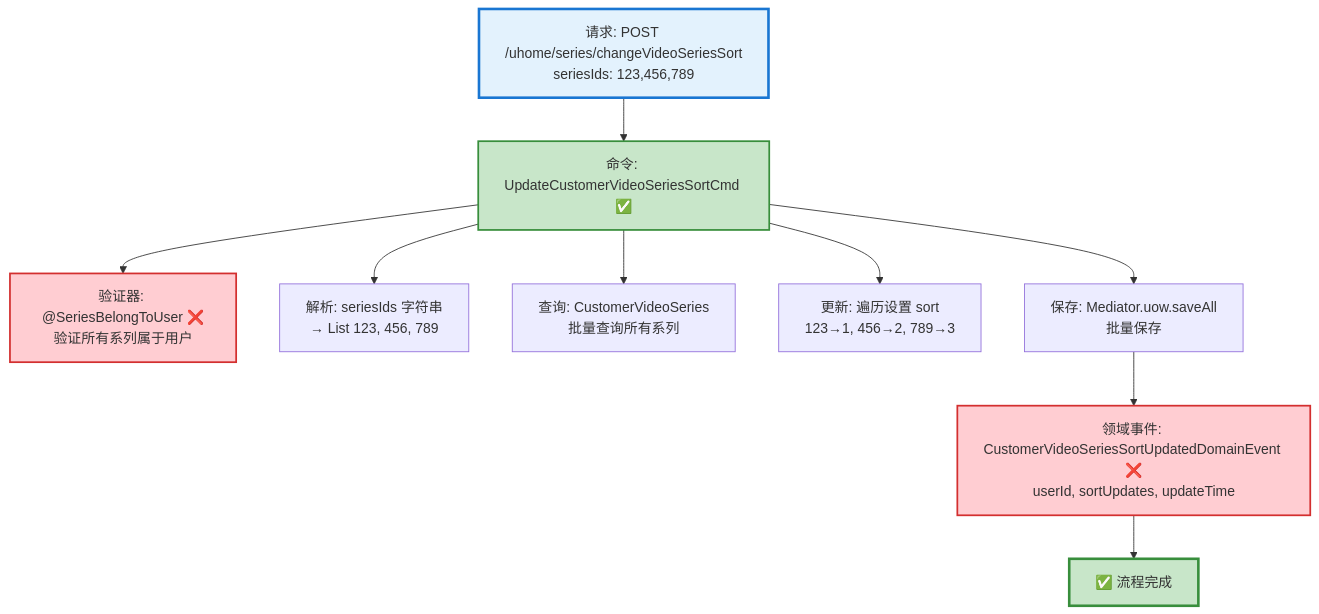
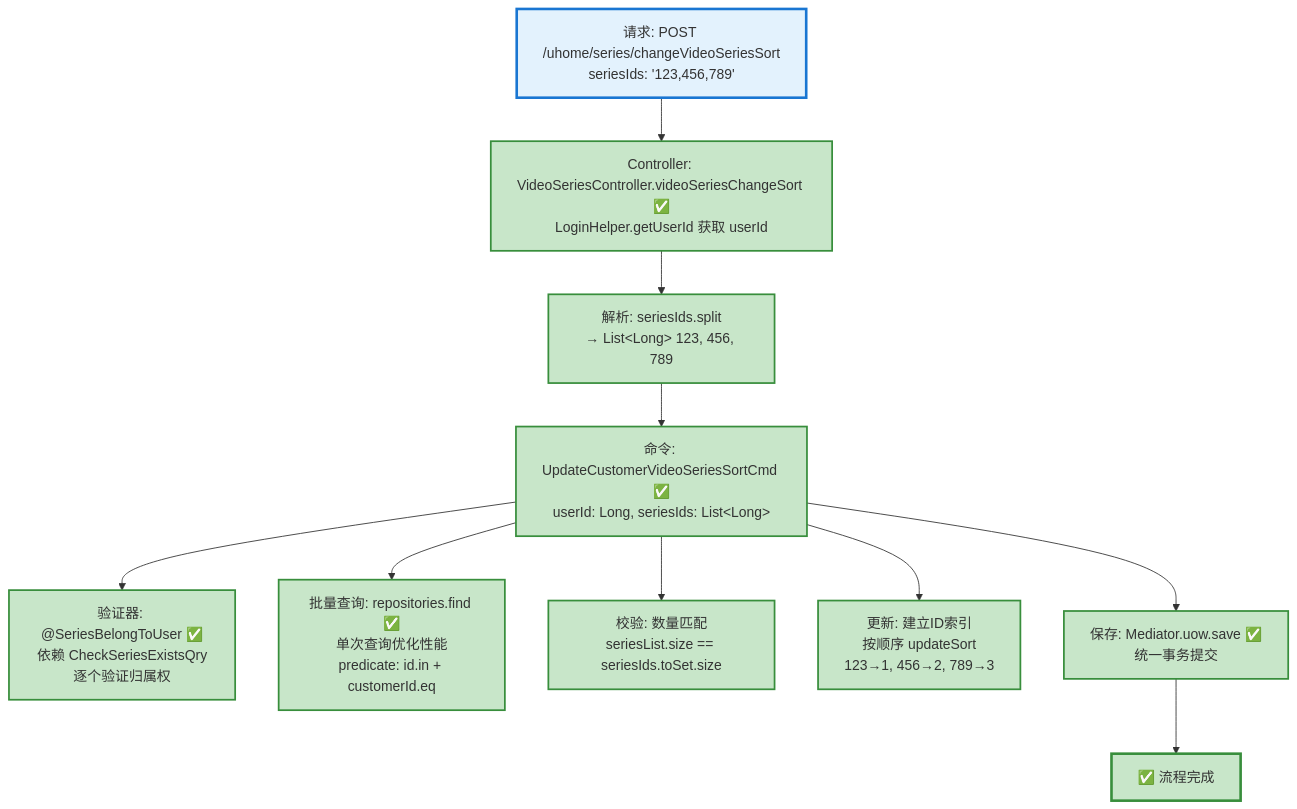
The diagram in design/requirements/series_change_sort_flow.md (LDmoxeii/only-danmuku), drawn with Mermaid before and after one commit. The commit also changed other lines of this file and 37 other files, not shown here.

````diff
--- a/design/requirements/series_change_sort_flow.md
+++ b/design/requirements/series_change_sort_flow.md
@@ -62,20 +75,27 @@
 ```mermaid
 graph TD
-    A[请求: POST /uhome/series/changeVideoSeriesSort<br/>seriesIds: 123,456,789] --> B[命令: UpdateCustomerVideoSeriesSortCmd ✅]
+    A[请求: POST /uhome/series/changeVideoSeriesSort<br/>seriesIds: '123,456,789'] --> A1[Controller: VideoSeriesController.videoSeriesChangeSort ✅<br/>LoginHelper.getUserId 获取 userId]
 
-    B --> B1[验证器: @SeriesBelongToUser ❌<br/>验证所有系列属于用户]
-    B --> B2[解析: seriesIds 字符串<br/>→ List 123, 456, 789]
-    B --> B3[查询: CustomerVideoSeries<br/>批量查询所有系列]
-    B --> B4[更新: 遍历设置 sort<br/>123→1, 456→2, 789→3]
-    B --> B5[保存: Mediator.uow.saveAll<br/>批量保存]
+    A1 --> A2[解析: seriesIds.split<br/>→ List&lt;Long&gt; 123, 456, 789]
 
-    B5 --> C[领域事件: CustomerVideoSeriesSortUpdatedDomainEvent ❌<br/>userId, sortUpdates, updateTime]
+    A2 --> B[命令: UpdateCustomerVideoSeriesSortCmd ✅<br/>userId: Long, seriesIds: List&lt;Long&gt;]
 
-    C --> D[✅ 流程完成]
+    B --> B1[验证器: @SeriesBelongToUser ✅<br/>依赖 CheckSeriesExistsQry<br/>逐个验证归属权]
+    B --> B2[批量查询: repositories.find ✅<br/>单次查询优化性能<br/>predicate: id.in + customerId.eq]
+    B --> B3[校验: 数量匹配<br/>seriesList.size == seriesIds.toSet.size]
+    B --> B4[更新: 建立ID索引<br/>按顺序 updateSort<br/>123→1, 456→2, 789→3]
+    B --> B5[保存: Mediator.uow.save ✅<br/>统一事务提交]
+
+    B5 --> C[✅ 流程完成]
 
     style A fill:#E3F2FD,stroke:#1976D2,stroke-width:3px
+    style A1 fill:#C8E6C9,stroke:#388E3C,stroke-width:2px
+    style A2 fill:#C8E6C9,stroke:#388E3C,stroke-width:2px
     style B fill:#C8E6C9,stroke:#388E3C,stroke-width:2px
-    style D fill:#C8E6C9,stroke:#388E3C,stroke-width:3px
-    style B1 fill:#FFCDD2,stroke:#D32F2F,stroke-width:2px
-    style C fill:#FFCDD2,stroke:#D32F2F,stroke-width:2px
+    style B1 fill:#C8E6C9,stroke:#388E3C,stroke-width:2px
+    style B2 fill:#C8E6C9,stroke:#388E3C,stroke-width:2px
+    style B3 fill:#C8E6C9,stroke:#388E3C,stroke-width:2px
+    style B4 fill:#C8E6C9,stroke:#388E3C,stroke-width:2px
+    style B5 fill:#C8E6C9,stroke:#388E3C,stroke-width:2px
+    style C fill:#C8E6C9,stroke:#388E3C,stroke-width:3px
 ```
````
